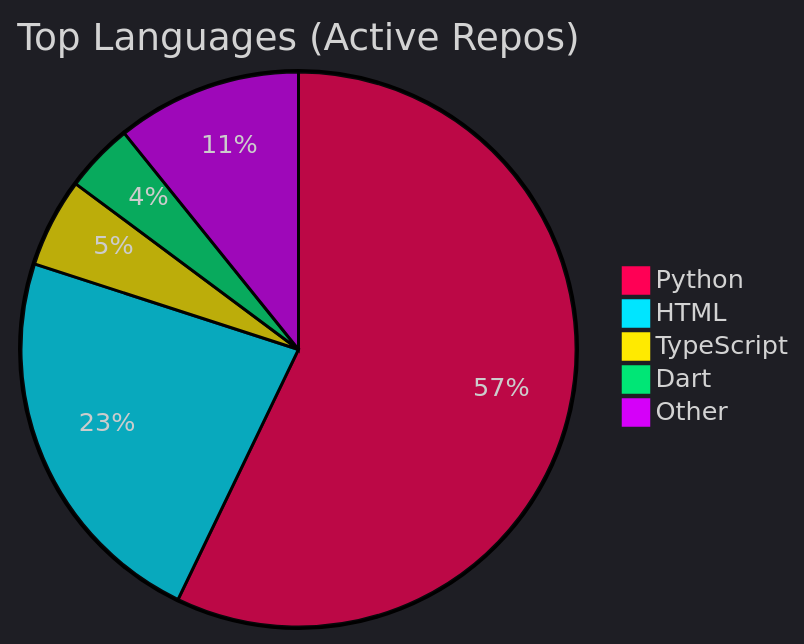
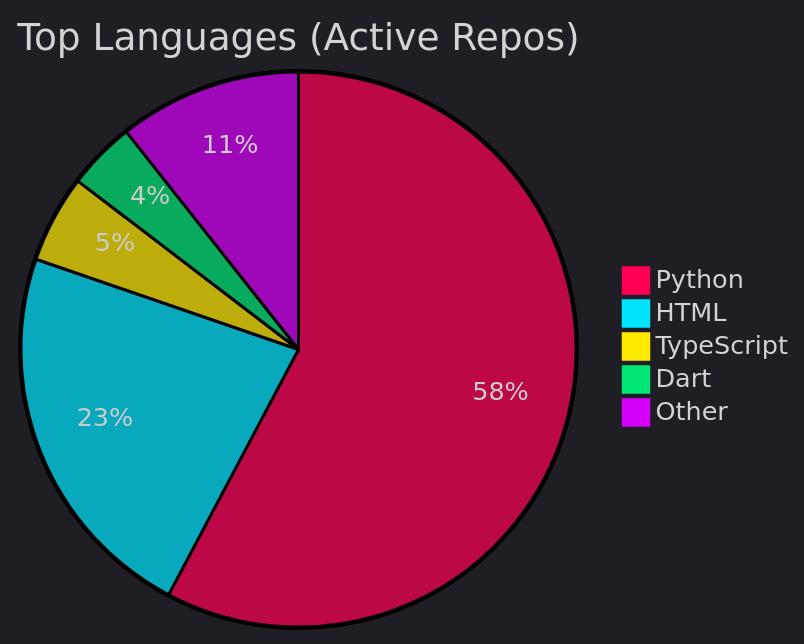
One commit to Nzettodess/Nzettodess changed the diagram in README.md. Above: the diagram before and after it, drawn with Mermaid. The commit also changed other lines of this file, not shown here.

Commit message:
Update recent activity [skip ci]

````diff
--- a/README.md
+++ b/README.md
@@ -35,9 +35,9 @@
 ```mermaid
 %%{init: {'theme': 'dark', 'themeVariables': { 'pie1': '#FF0055', 'pie2': '#00E5FF', 'pie3': '#FFEA00', 'pie4': '#00E676', 'pie5': '#D500F9' }}}%%
 pie title Top Languages (Active Repos)
-    "Python" : 57.14
-    "HTML" : 22.84
-    "TypeScript" : 5.19
-    "Dart" : 4.03
-    "Other" : 10.79
+    "Python" : 57.75
+    "HTML" : 22.52
+    "TypeScript" : 5.11
+    "Dart" : 3.97
+    "Other" : 10.65
 ```
````
